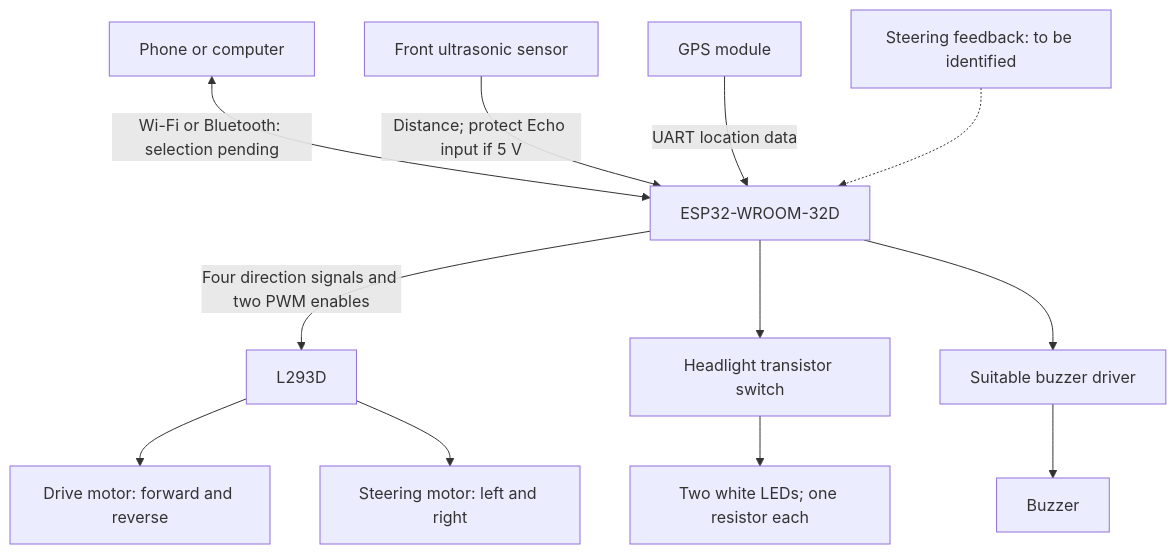
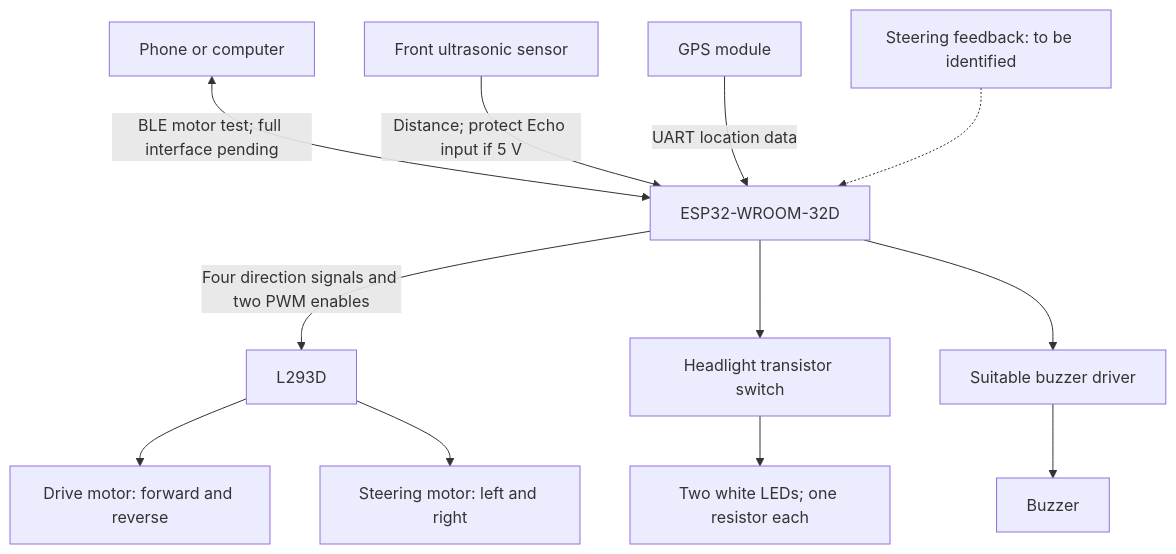
The first of 2 diagrams in diagrams/README.md (JS2028EE/Dual-Motor-V2), drawn with Mermaid before and after one commit. The commit also changed other lines of this file and 13 other files, not shown here.

Commit message:
Record BLE test code, stop controls and motor noise/load observations

````diff
--- a/diagrams/README.md
+++ b/diagrams/README.md
@@ -7,14 +7,14 @@
 ```mermaid
 flowchart TD
-    Client["Phone or computer"] <-->|Wi-Fi or Bluetooth: selection pending| ESP["ESP32-WROOM-32D"]
+    Client["Phone or computer"] <-->|BLE motor test; full interface pending| ESP["ESP32-WROOM-32D"]
     Ultra["Front ultrasonic sensor"] -->|"Distance; protect Echo input if 5 V"| ESP
     GPS["GPS module"] -->|UART location data| ESP
     Feedback["Steering feedback: to be identified"] -.-> ESP
     ESP -->|"Four direction signals and two PWM enables"| Driver["L293D"]
     Driver --> Drive["Drive motor: forward and reverse"]
     Driver --> Steer["Steering motor: left and right"]
     ESP --> LightSwitch["Headlight transistor switch"]
     LightSwitch --> Lights["Two white LEDs; one resistor each"]
     ESP --> BuzzerDriver["Suitable buzzer driver"]
     BuzzerDriver --> Buzzer["Buzzer"]
 ```
````
